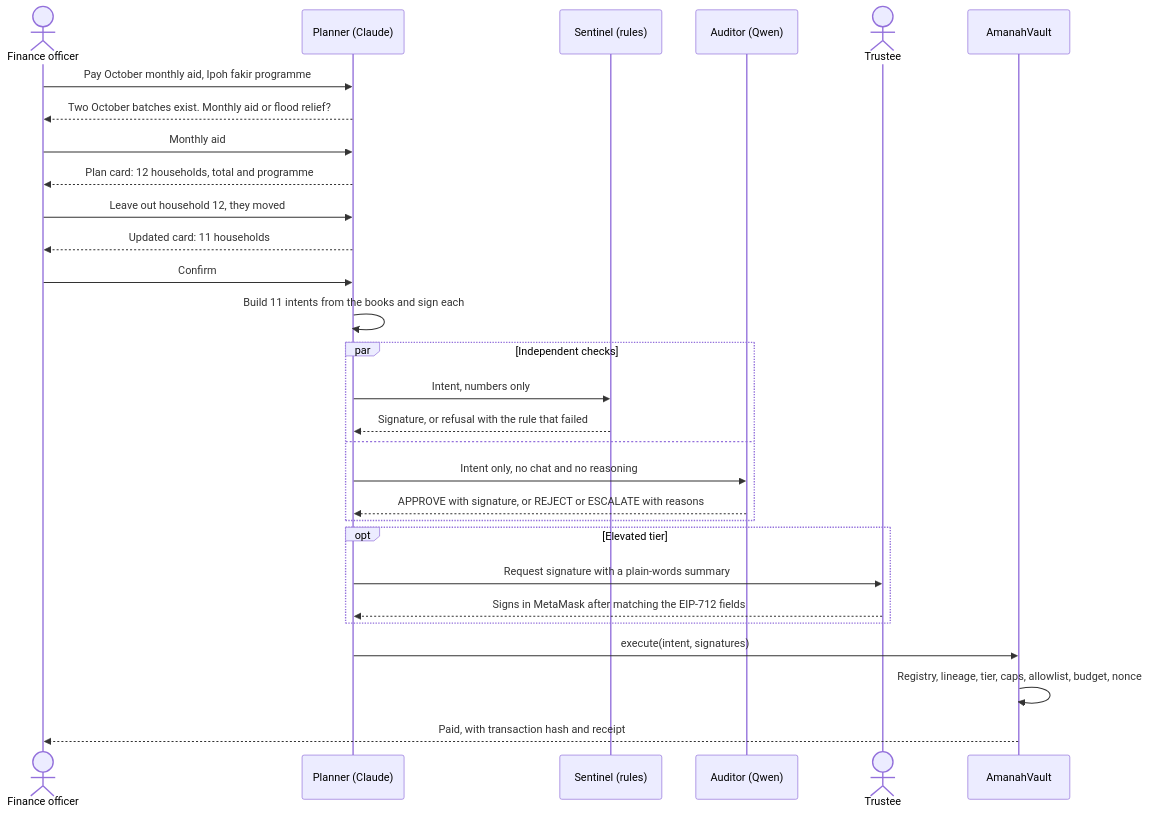
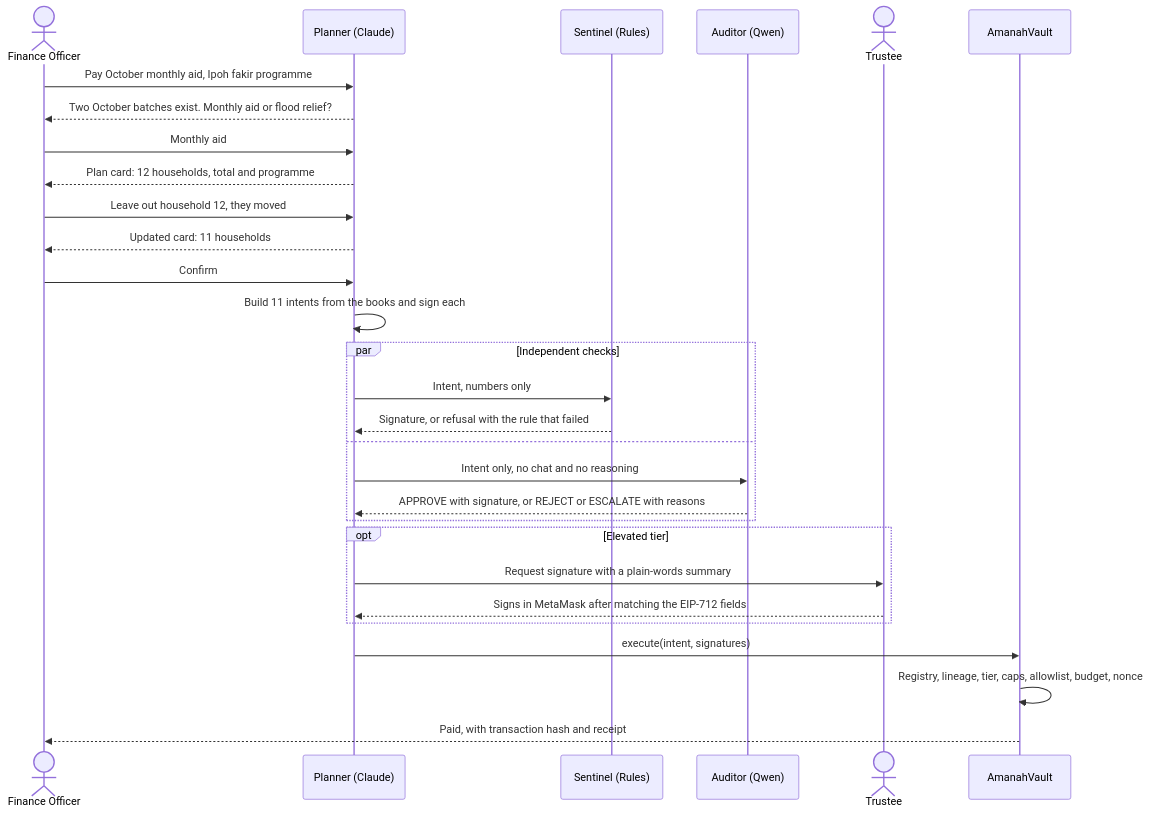
Before and after one commit to hafizmnazman/amanah-wallet: the second of 2 diagrams in README.md, drawn with Mermaid. The commit also changed other lines of this file and 49 other files, not shown here.

````diff
--- a/README.md
+++ b/README.md
@@ -362,31 +362,31 @@
 ```mermaid
 sequenceDiagram
-  actor O as Finance officer
+  actor O as Finance Officer
   participant P as Planner (Claude)
-  participant S as Sentinel (rules)
+  participant S as Sentinel (Rules)
   participant A as Auditor (Qwen)
   actor T as Trustee
   participant V as AmanahVault
   O->>P: Pay October monthly aid, Ipoh fakir programme
   P-->>O: Two October batches exist. Monthly aid or flood relief?
   O->>P: Monthly aid
   P-->>O: Plan card: 12 households, total and programme
   O->>P: Leave out household 12, they moved
   P-->>O: Updated card: 11 households
   O->>P: Confirm
   P->>P: Build 11 intents from the books and sign each
   par Independent checks
     P->>S: Intent, numbers only
     S-->>P: Signature, or refusal with the rule that failed
   and
     P->>A: Intent only, no chat and no reasoning
     A-->>P: APPROVE with signature, or REJECT or ESCALATE with reasons
   end
   opt Elevated tier
     P->>T: Request signature with a plain-words summary
     T-->>P: Signs in MetaMask after matching the EIP-712 fields
   end
   P->>V: execute(intent, signatures)
   V->>V: Registry, lineage, tier, caps, allowlist, budget, nonce
   V-->>O: Paid, with transaction hash and receipt
 ```
````
